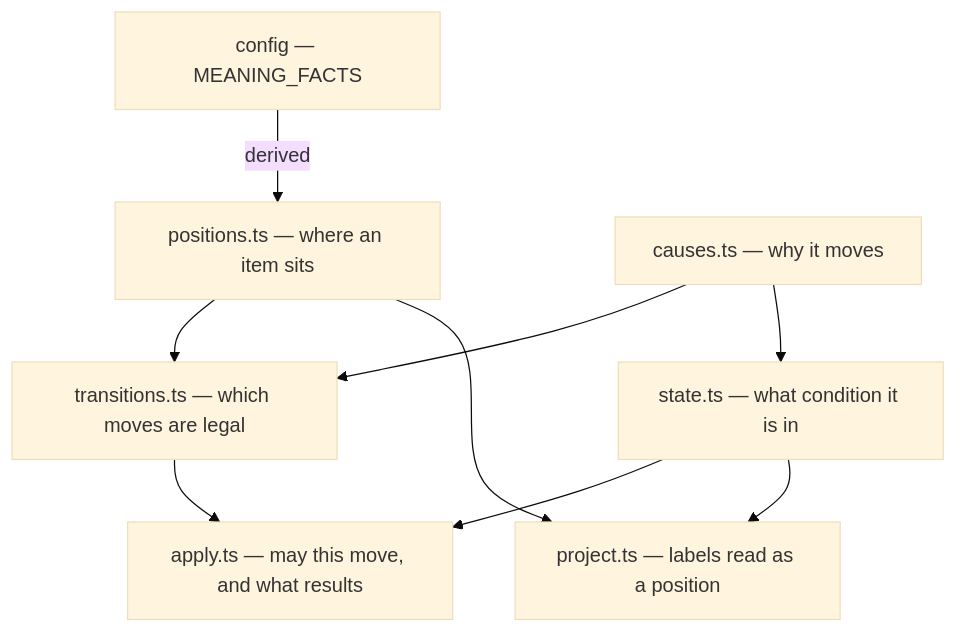
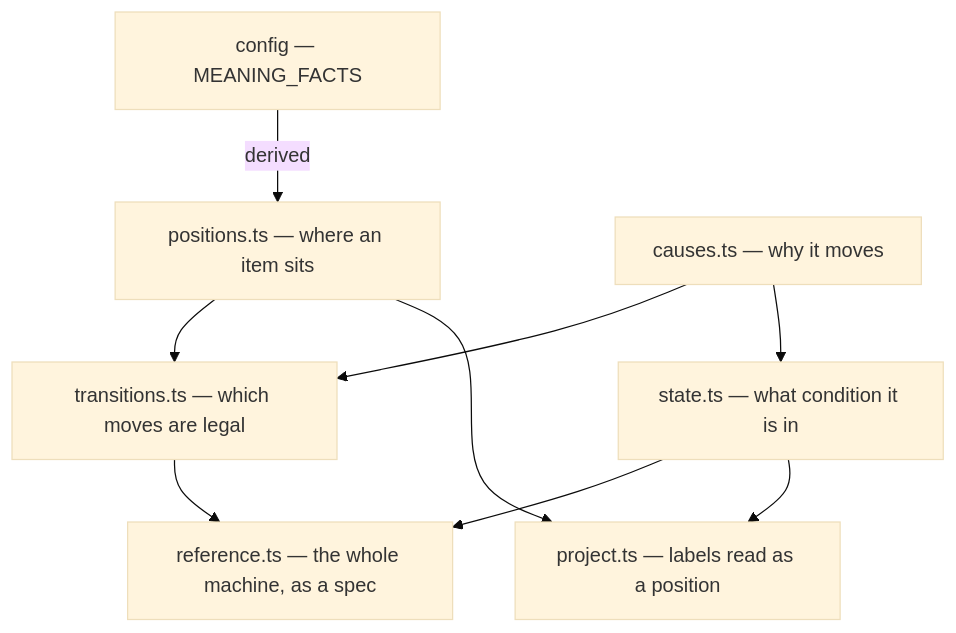
One commit to cheese-cakee/sdk-automations changed the diagram in packages/core/src/workflow/README.md. Above: the diagram before and after it, drawn with Mermaid (base theme). The commit also changed other lines of this file and 7 other files, not shown here.

````diff
--- a/packages/core/src/workflow/README.md
+++ b/packages/core/src/workflow/README.md
@@ -11,13 +11,13 @@
 ```mermaid
 flowchart TB
     CFG["config — MEANING_FACTS"] -->|derived| POS["positions.ts — where an item sits"]
     CAU["causes.ts — why it moves"]
     STA["state.ts — what condition it is in"]
     POS --> TRA["transitions.ts — which moves are legal"]
     CAU --> TRA
     CAU --> STA
-    TRA --> APP["apply.ts — may this move, and what results"]
+    TRA --> APP["reference.ts — the whole machine, as a spec"]
     STA --> APP
     POS --> PRJ["project.ts — labels read as a position"]
     STA --> PRJ
 ```
````
